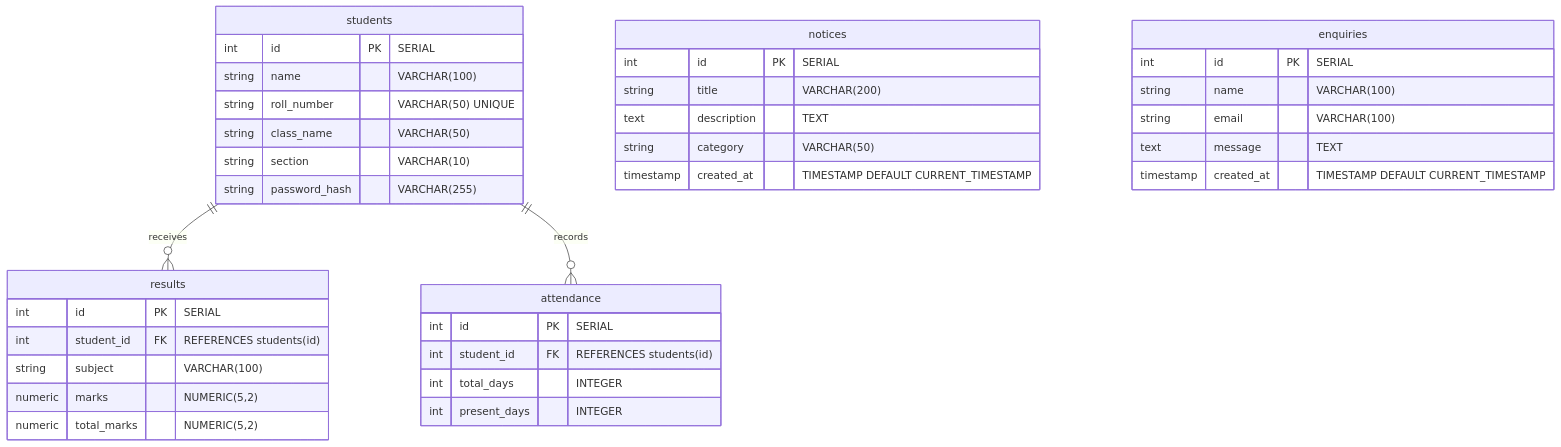
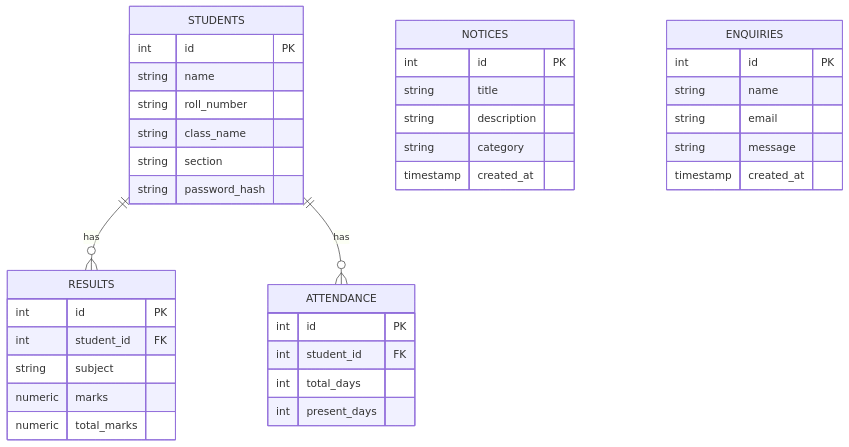
Before and after one commit to AyushSrivastava1818/school-portal-: the third of 3 diagrams in README.md, drawn with Mermaid. The commit also changed other lines of this file, not shown here.

Commit message:
docs: update README with simple 3-tier architecture, clear data flow, and specific team work distribution

````diff
--- a/README.md
+++ b/README.md
@@ -86,45 +70,45 @@
 ```mermaid
 erDiagram
-    students ||--o{ results : "receives"
-    students ||--o{ attendance : "records"
+    STUDENTS ||--o{ RESULTS : "has"
+    STUDENTS ||--o{ ATTENDANCE : "has"
     
-    students {
-        int id PK "SERIAL"
-        string name "VARCHAR(100)"
-        string roll_number "VARCHAR(50) UNIQUE"
-        string class_name "VARCHAR(50)"
-        string section "VARCHAR(10)"
-        string password_hash "VARCHAR(255)"
+    STUDENTS {
+        int id PK
+        string name
+        string roll_number
+        string class_name
+        string section
+        string password_hash
     }
 
-    results {
-        int id PK "SERIAL"
-        int student_id FK "REFERENCES students(id)"
-        string subject "VARCHAR(100)"
-        numeric marks "NUMERIC(5,2)"
-        numeric total_marks "NUMERIC(5,2)"
+    RESULTS {
+        int id PK
+        int student_id FK
+        string subject
+        numeric marks
+        numeric total_marks
     }
 
-    attendance {
-        int id PK "SERIAL"
-        int student_id FK "REFERENCES students(id)"
-        int total_days "INTEGER"
-        int present_days "INTEGER"
+    ATTENDANCE {
+        int id PK
+        int student_id FK
+        int total_days
+        int present_days
     }
 
-    notices {
-        int id PK "SERIAL"
-        string title "VARCHAR(200)"
-        text description "TEXT"
-        string category "VARCHAR(50)"
-        timestamp created_at "TIMESTAMP DEFAULT CURRENT_TIMESTAMP"
+    NOTICES {
+        int id PK
+        string title
+        string description
+        string category
+        timestamp created_at
     }
 
-    enquiries {
-        int id PK "SERIAL"
-        string name "VARCHAR(100)"
-        string email "VARCHAR(100)"
-        text message "TEXT"
-        timestamp created_at "TIMESTAMP DEFAULT CURRENT_TIMESTAMP"
+    ENQUIRIES {
+        int id PK
+        string name
+        string email
+        string message
+        timestamp created_at
     }
 ```
````
